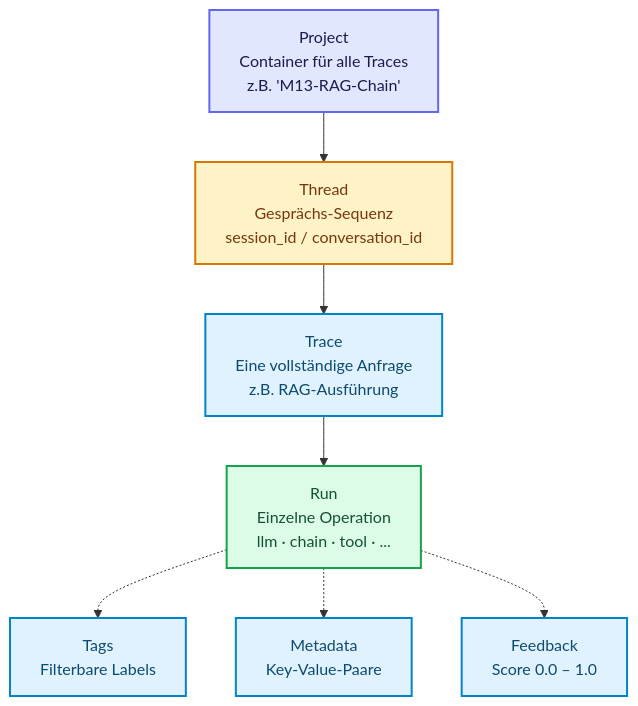
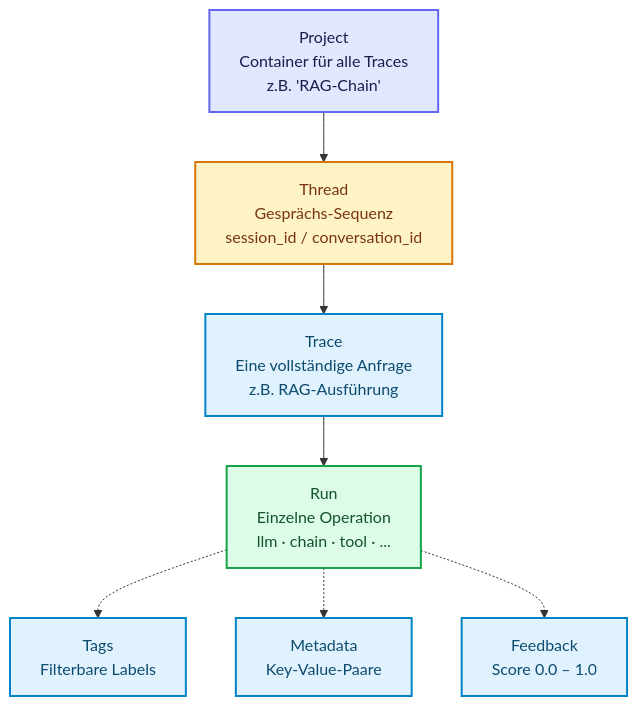
One commit to ralf-42/Agenten changed the second of 5 diagrams in docs/05-frameworks/einsteiger-langsmith.md. Above: the diagram before and after it, drawn with Mermaid. The commit also changed other lines of this file and 82 other files, not shown here.

````diff
--- a/docs/05-frameworks/einsteiger-langsmith.md
+++ b/docs/05-frameworks/einsteiger-langsmith.md
@@ -171,25 +171,25 @@
 ```mermaid
 flowchart TB
-    PROJECT["Project<br>Container für alle Traces<br>z.B. 'M13-RAG-Chain'"]
+    PROJECT["Project<br>Container für alle Traces<br>z.B. 'RAG-Chain'"]
     THREAD["Thread<br>Gesprächs-Sequenz<br>session_id / conversation_id"]
     TRACE["Trace<br>Eine vollständige Anfrage<br>z.B. RAG-Ausführung"]
     RUN["Run<br>Einzelne Operation<br>llm · chain · tool · ..."]
     TAGS["Tags<br>Filterbare Labels"]
     META["Metadata<br>Key-Value-Paare"]
     FEEDBACK["Feedback<br>Score 0.0 – 1.0"]
 
     PROJECT --> THREAD
     THREAD --> TRACE
     TRACE --> RUN
     RUN -.-> TAGS
     RUN -.-> META
     RUN -.-> FEEDBACK
 
     classDef default fill:#e0f2fe,stroke:#0284c7,stroke-width:2px,color:#0c4a6e;
     classDef input fill:#e0e7ff,stroke:#6366f1,stroke-width:2px,color:#1e1b4b;
     classDef metric fill:#fef3c7,stroke:#d97706,stroke-width:2px,color:#78350f;
     classDef output fill:#dcfce7,stroke:#16a34a,stroke-width:2px,color:#14532d;
     class PROJECT input;
     class THREAD metric;
     class RUN output;
 ```
````
